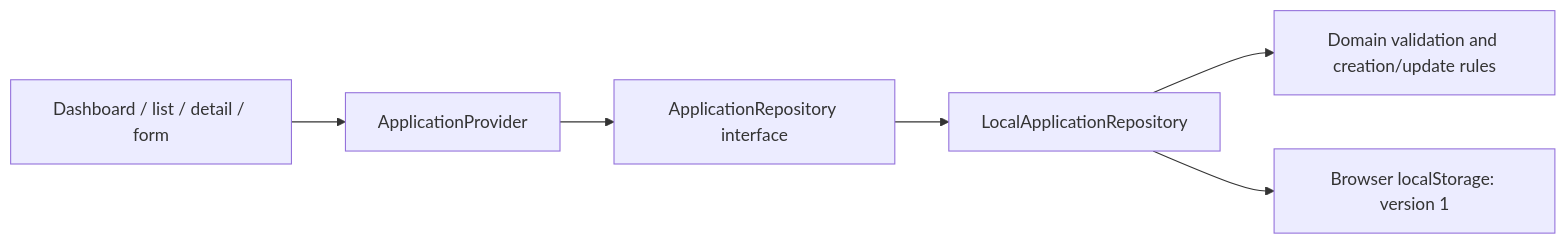
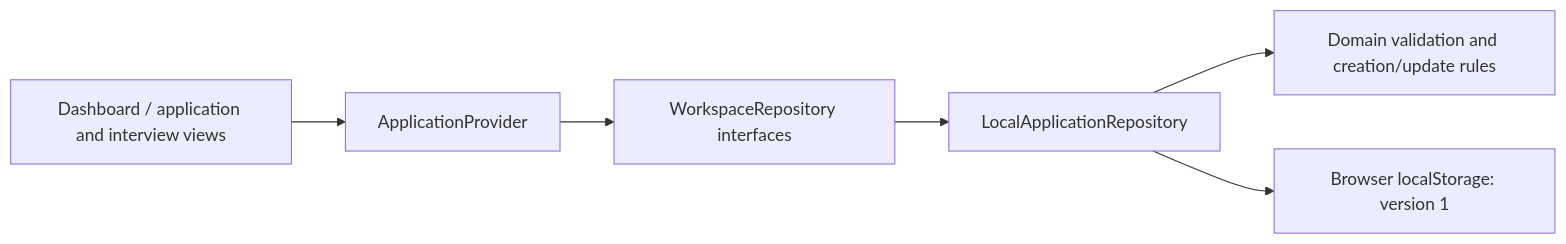
The diagram in docs/ARCHITECTURE.md (EdTosoy/FATS), drawn with Mermaid before and after one commit. The commit also changed other lines of this file and 58 other files, not shown here.

````diff
--- a/docs/ARCHITECTURE.md
+++ b/docs/ARCHITECTURE.md
@@ -19,8 +19,8 @@
 ```mermaid
 flowchart LR
-  View[Dashboard / list / detail / form] --> Provider[ApplicationProvider]
-  Provider --> Contract[ApplicationRepository interface]
+  View[Dashboard / application and interview views] --> Provider[ApplicationProvider]
+  Provider --> Contract[WorkspaceRepository interfaces]
   Contract --> Local[LocalApplicationRepository]
   Local --> Rules[Domain validation and creation/update rules]
   Local --> Storage[Browser localStorage: version 1]
 ```
````
